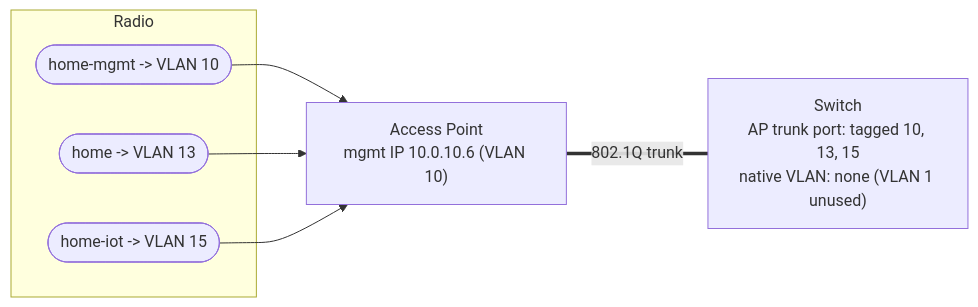
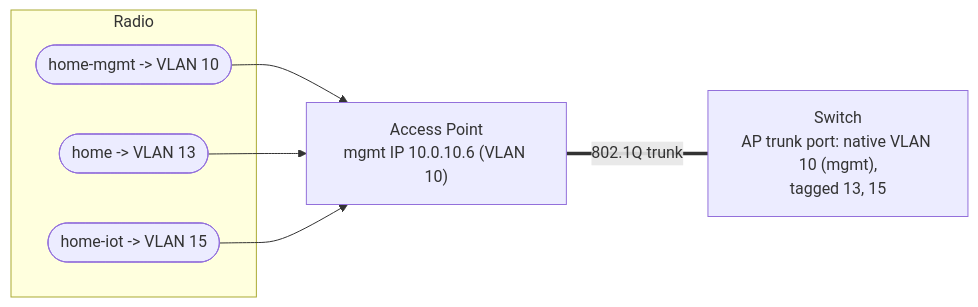
One commit to RYFOJE/Home_Lab changed the second of 3 diagrams in documentation/networking/wifi_and_isolation.md. Above: the diagram before and after it, drawn with Mermaid. The commit also changed other lines of this file and 14 other files, not shown here.

````diff
--- a/documentation/networking/wifi_and_isolation.md
+++ b/documentation/networking/wifi_and_isolation.md
@@ -70,16 +70,16 @@
 ```mermaid
 flowchart LR
     subgraph AIR["Radio"]
         SSID0(["home-mgmt -> VLAN 10"])
         SSID1(["home -> VLAN 13"])
         SSID2(["home-iot -> VLAN 15"])
     end
 
     AP["Access Point<br/>mgmt IP 10.0.10.6 (VLAN 10)"]
-    SW["Switch<br/>AP trunk port: tagged 10, 13, 15<br/>native VLAN: none (VLAN 1 unused)"]
+    SW["Switch<br/>AP trunk port: native VLAN 10 (mgmt),<br/>tagged 13, 15"]
 
     SSID0 --> AP
     SSID1 --> AP
     SSID2 --> AP
     AP ===|"802.1Q trunk"| SW
 ```
````
